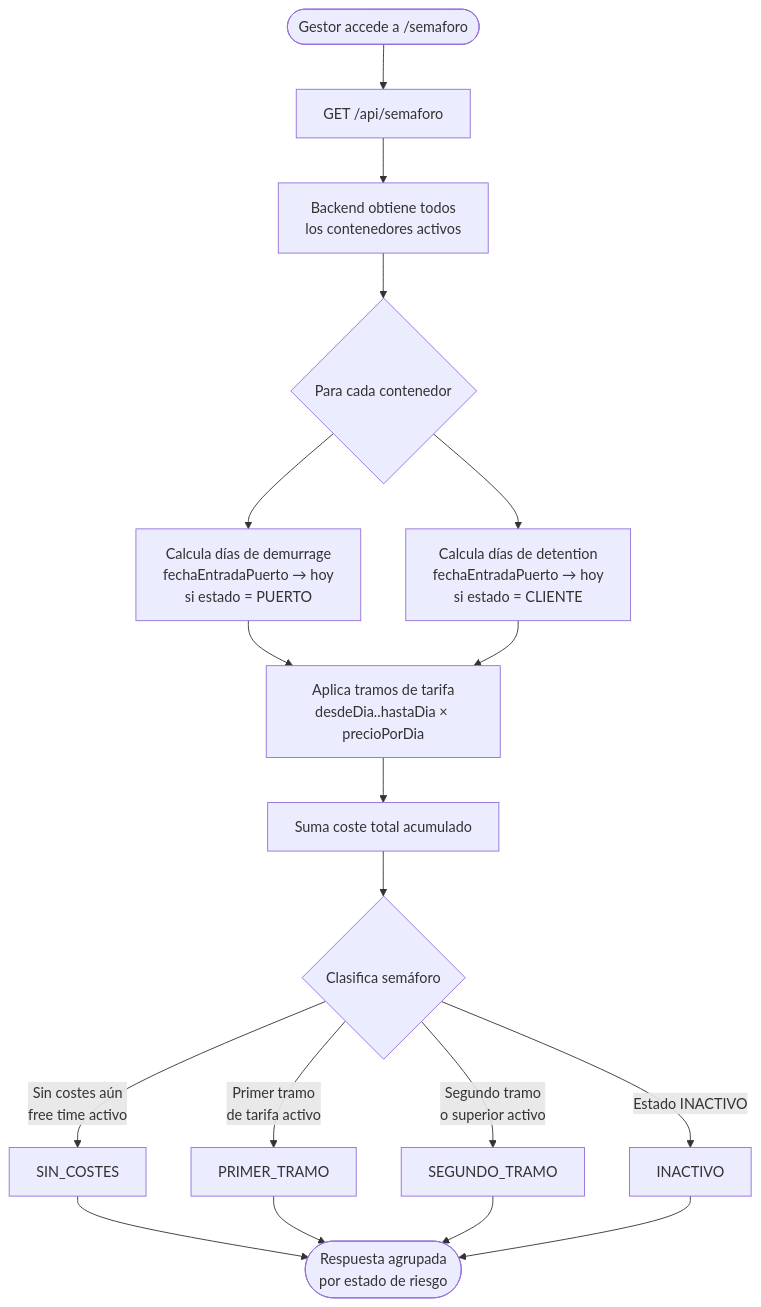
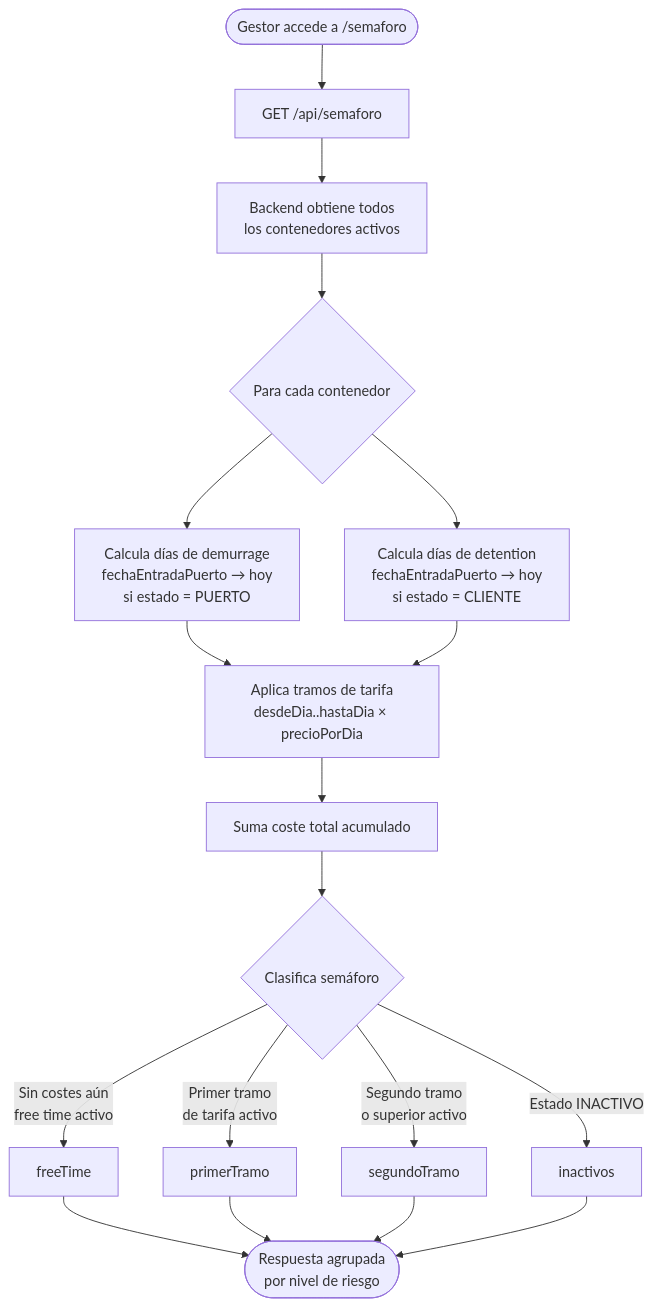
Before and after one commit to Agsergio04/Fluster: the sixth of 6 diagrams in docs/05-diseno.md, drawn with Mermaid. The commit also changed other lines of this file and 12 other files, not shown here.

````diff
--- a/docs/05-diseno.md
+++ b/docs/05-diseno.md
@@ -447,17 +449,17 @@
 ```mermaid
 flowchart TD
     A([Gestor accede a /semaforo]) --> B[GET /api/semaforo]
     B --> C[Backend obtiene todos\nlos contenedores activos]
     C --> D{Para cada contenedor}
     D --> E[Calcula días de demurrage\nfechaEntradaPuerto → hoy\nsi estado = PUERTO]
     D --> F[Calcula días de detention\nfechaEntradaPuerto → hoy\nsi estado = CLIENTE]
     E --> G[Aplica tramos de tarifa\ndesdeDia..hastaDia × precioPorDia]
     F --> G
     G --> H[Suma coste total acumulado]
     H --> I{Clasifica semáforo}
-    I -->|Sin costes aún\nfree time activo| J[SIN_COSTES]
-    I -->|Primer tramo\nde tarifa activo| K[PRIMER_TRAMO]
-    I -->|Segundo tramo\no superior activo| L[SEGUNDO_TRAMO]
-    I -->|Estado INACTIVO| M[INACTIVO]
-    J & K & L & M --> N([Respuesta agrupada\npor estado de riesgo])
+    I -->|Sin costes aún\nfree time activo| J[freeTime]
+    I -->|Primer tramo\nde tarifa activo| K[primerTramo]
+    I -->|Segundo tramo\no superior activo| L[segundoTramo]
+    I -->|Estado INACTIVO| M[inactivos]
+    J & K & L & M --> N([Respuesta agrupada\npor nivel de riesgo])
 ```
````
